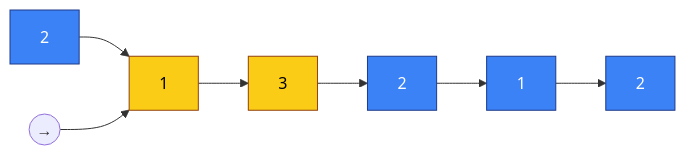
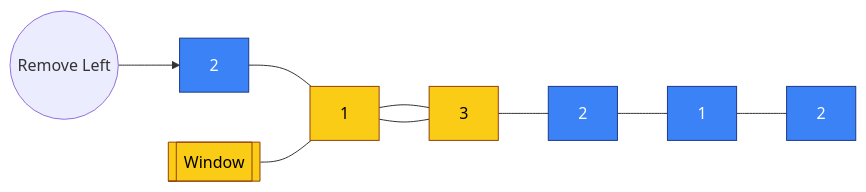
One commit to bhaskarneerati/coding-mermaid-diagrams changed the eighth of 11 diagrams in sliding-window.md. Above: the diagram before and after it, drawn with Mermaid. The commit also changed other lines of this file, not shown here.

````diff
--- a/sliding-window.md
+++ b/sliding-window.md
@@ -144,14 +146,15 @@
 ```mermaid
 flowchart LR
-S1[2] --> S2[1] --> S3[3] --> S4[2] --> S5[1] --> S6[2]
+A1[2] --- A2[1] --- A3[3] --- A4[2] --- A5[1] --- A6[2]
 
-arrow((→))
+remove((Remove Left)) --> A1
 
-arrow --> S2
+W1[[Window]] --- A2 --- A3
 
 classDef base fill:#3b82f6,stroke:#1e3a8a,color:#ffffff;
 classDef window fill:#facc15,stroke:#92400e,color:#000000;
 
-class S2,S3 window;
-class S1,S4,S5,S6 base;
+class A2,A3 window;
+class A1,A4,A5,A6 base;
+class W1 window;
 ```
````
